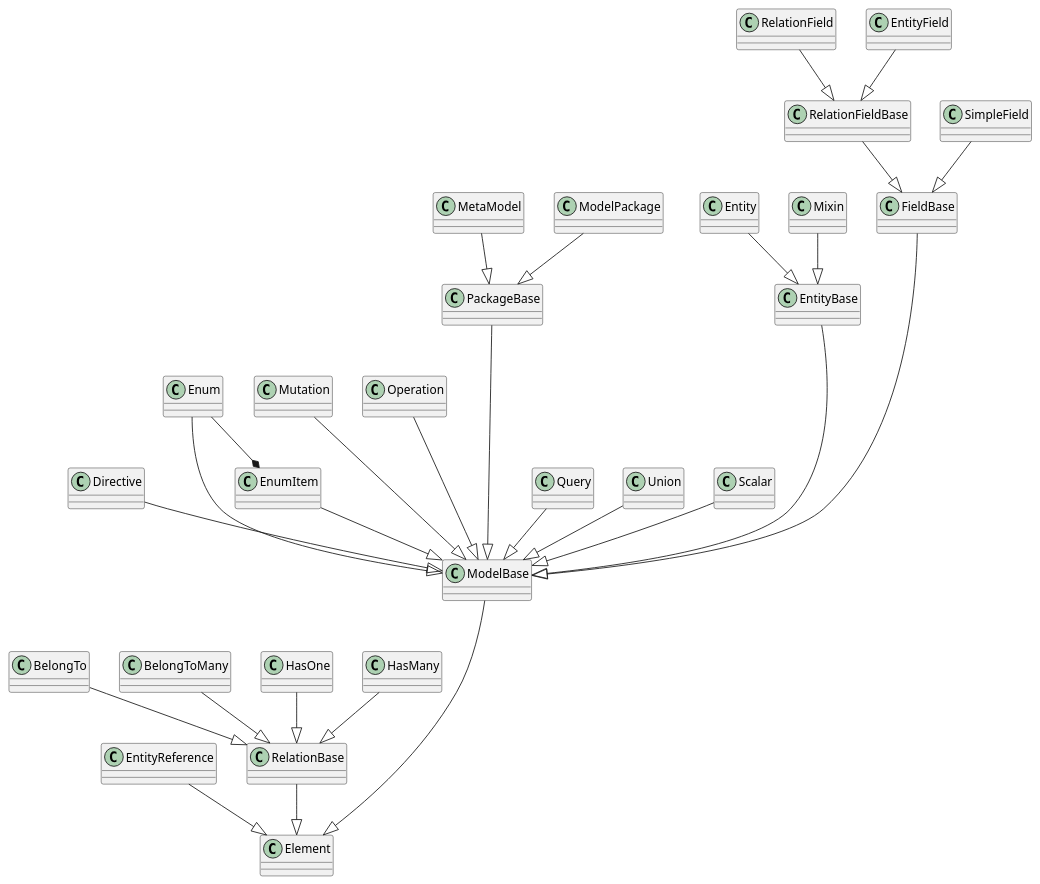
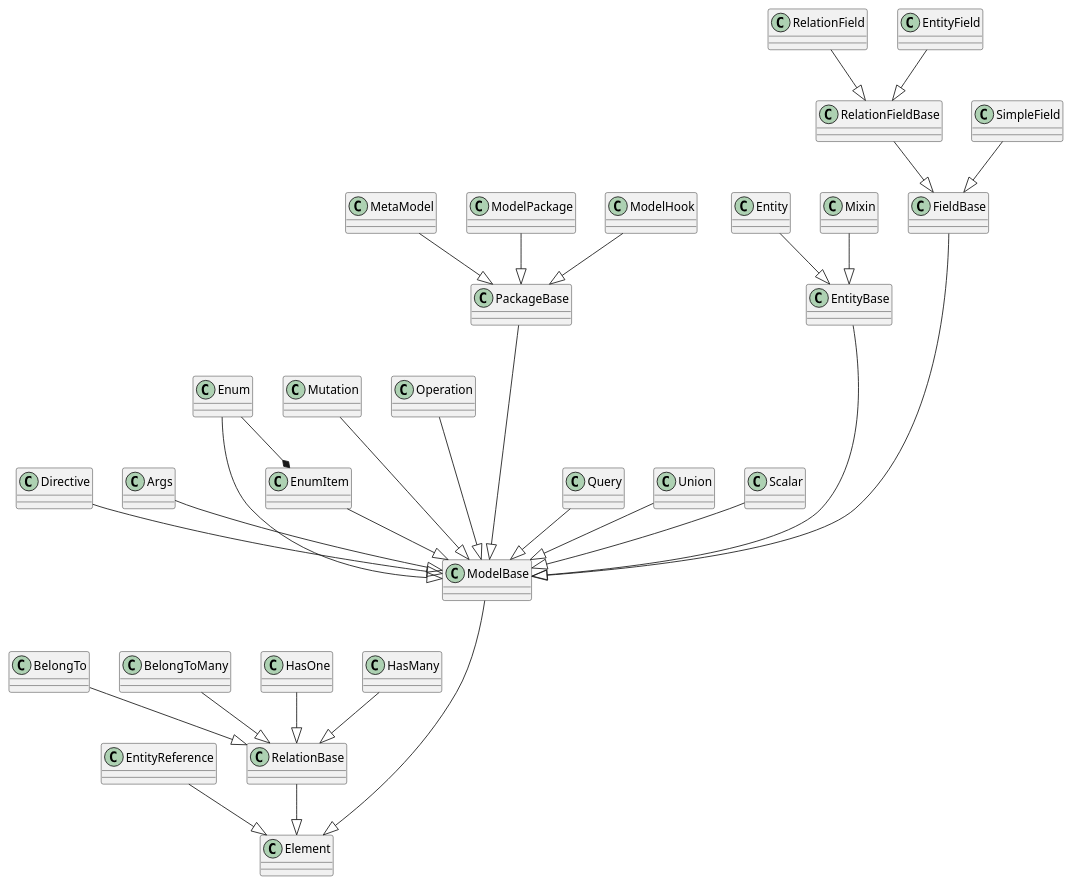
One commit to ODA-js/oda-server changed the diagram in packages/oda-model/src/models/model.puml. Above: the diagram before and after it, drawn with PlantUML. The commit also changed 30 other files, not shown here.

```diff
--- a/packages/oda-model/src/models/model.puml
+++ b/packages/oda-model/src/models/model.puml
@@ -1,30 +1,32 @@
 @startuml
 ModelBase ----|> Element
 EntityReference --|> Element
 RelationBase --|> Element
 BelongTo --|> RelationBase
 BelongToMany --|> RelationBase
 HasOne --|> RelationBase
 HasMany --|> RelationBase
 Directive --|> ModelBase
+Args --|> ModelBase
 Enum ---|> ModelBase
 Enum --* EnumItem
 EnumItem --|> ModelBase
 Mutation ---|> ModelBase
 Operation ---|> ModelBase
 PackageBase ----|> ModelBase
 MetaModel --|>  PackageBase
 ModelPackage --|> PackageBase
+ModelHook --|> PackageBase
 Query --|> ModelBase
 Union --|> ModelBase
 Scalar --|> ModelBase
 EntityBase ----|> ModelBase
 Entity --|> EntityBase
 Mixin --|> EntityBase
 FieldBase -----|> ModelBase
 RelationFieldBase --|> FieldBase
 SimpleField --|> FieldBase
 RelationField --|> RelationFieldBase
 EntityField --|> RelationFieldBase
 
 @enduml
```
